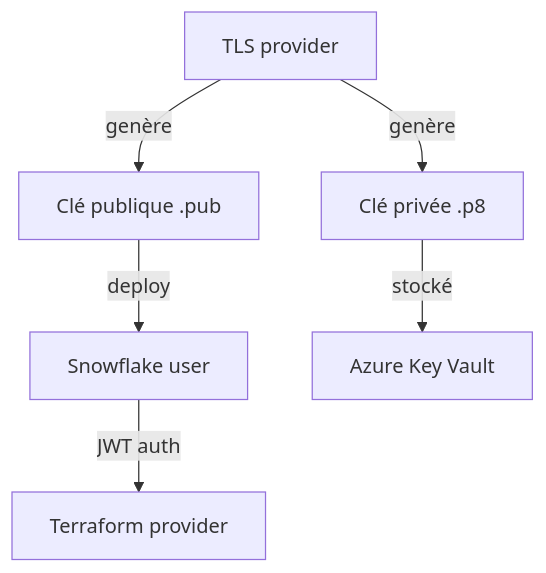
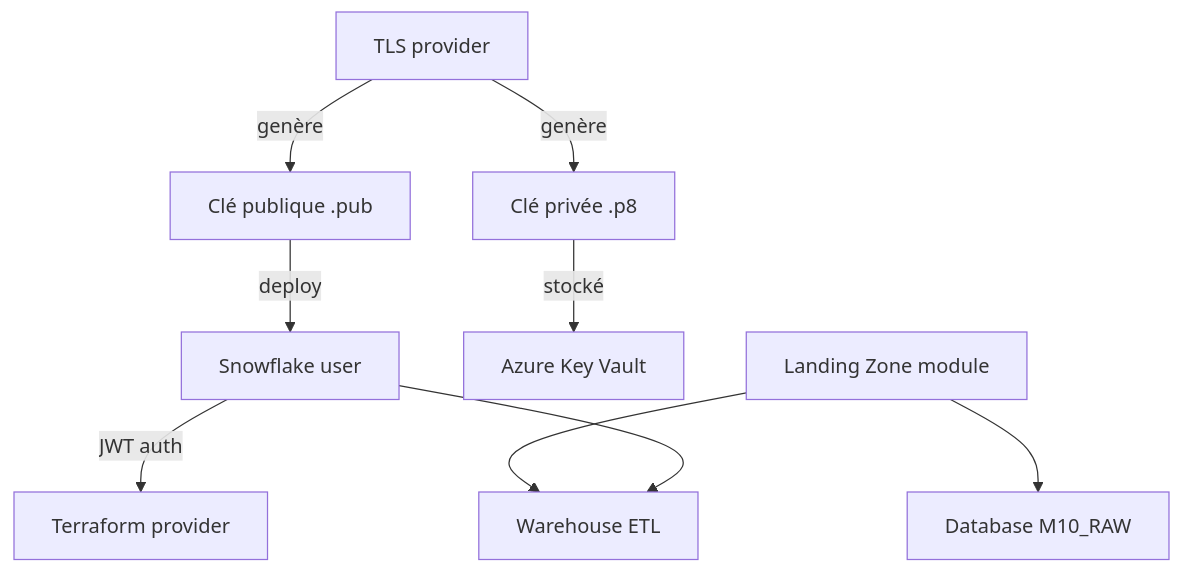
Before and after one commit to msellamiTN/Snowflake-terraform: the second of 2 diagrams in courses/day-03/module-10-security-auth/lab.md, drawn with Mermaid. The commit also changed other lines of this file and 169 other files, not shown here.

````diff
--- a/courses/day-03/module-10-security-auth/lab.md
+++ b/courses/day-03/module-10-security-auth/lab.md
@@ -47,8 +53,11 @@
 ```mermaid
 flowchart TD
     TLS[TLS provider] -->|genère| PRIV[Clé privée .p8]
     TLS -->|genère| PUB[Clé publique .pub]
     PUB -->|deploy| SF[Snowflake user]
     PRIV -->|stocké| KV[Azure Key Vault]
     SF -->|JWT auth| TF[Terraform provider]
+    LZ[Landing Zone module] --> DB[Database M10_RAW]
+    LZ --> WH[Warehouse ETL]
+    SF --> WH
 ```
````
